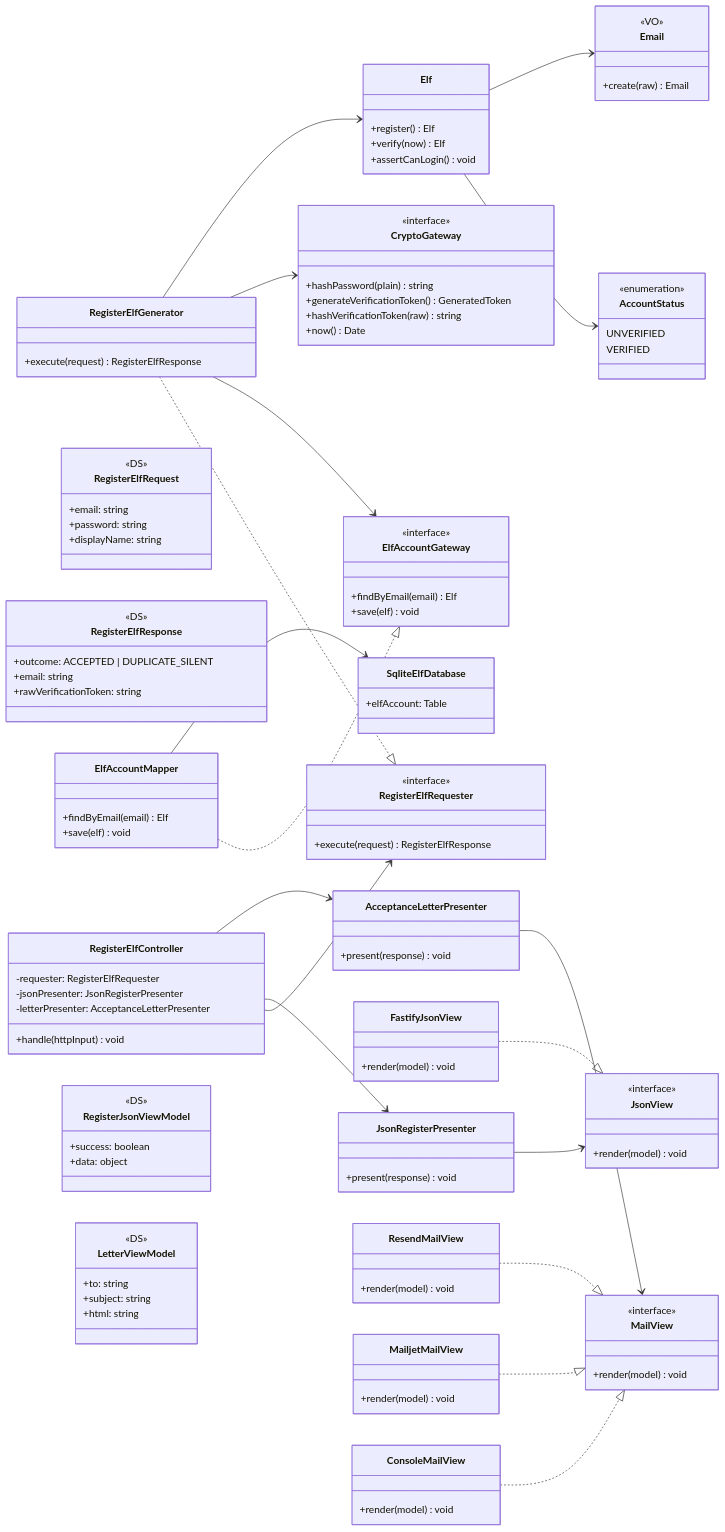
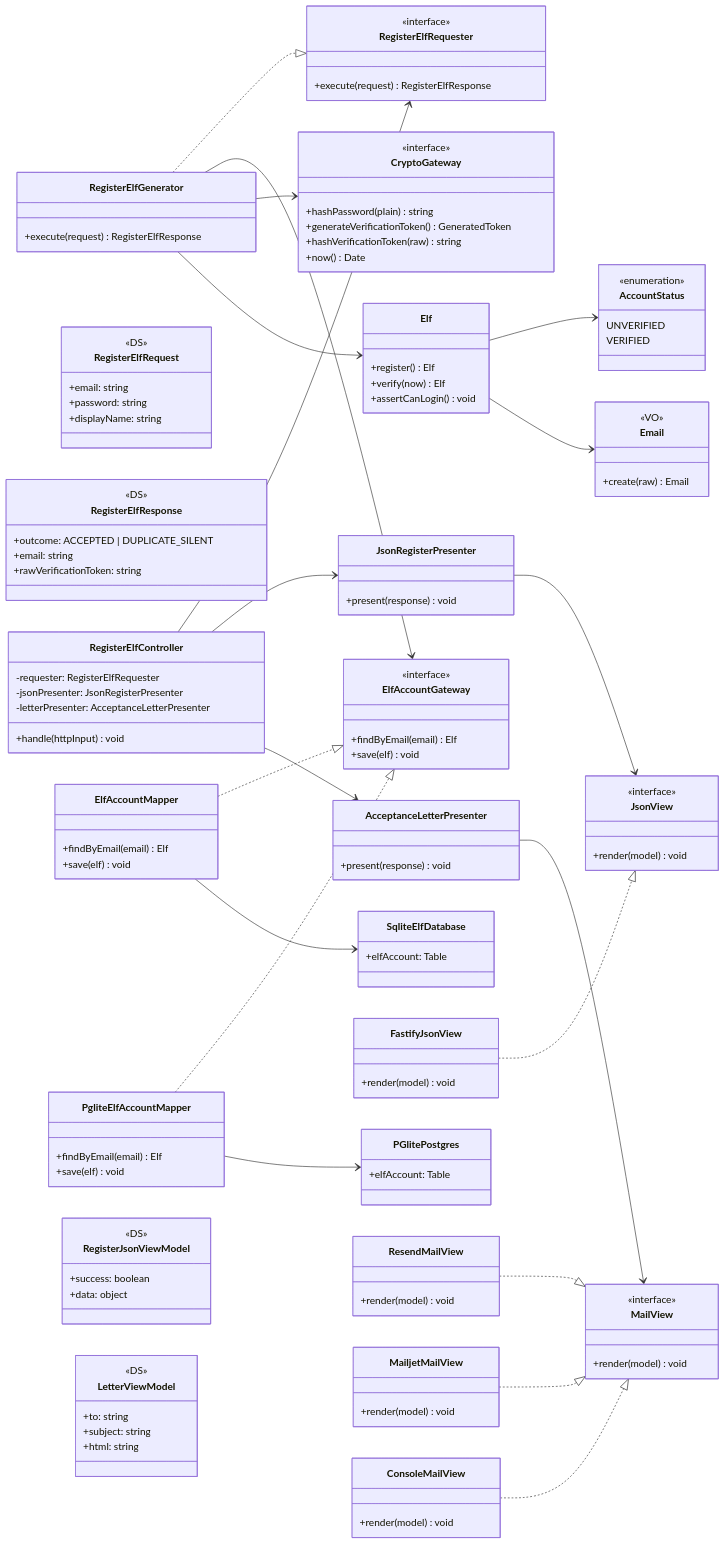
One commit to derekCmorales/santa-alert changed the second of 3 diagrams in README.md. Above: the diagram before and after it, drawn with Mermaid. The commit also changed other lines of this file and 23 other files, not shown here.

```diff
--- a/README.md
+++ b/README.md
@@ -101,7 +101,14 @@
     +findByEmail(email) Elf
     +save(elf) void
   }
+  class PgliteElfAccountMapper {
+    +findByEmail(email) Elf
+    +save(elf) void
+  }
   class SqliteElfDatabase {
+    +elfAccount: Table
+  }
+  class PGlitePostgres {
     +elfAccount: Table
   }
 
@@ -154,7 +161,9 @@
   Elf --> AccountStatus
   Elf --> Email
   ElfAccountMapper ..|> ElfAccountGateway
+  PgliteElfAccountMapper ..|> ElfAccountGateway
   ElfAccountMapper --> SqliteElfDatabase
+  PgliteElfAccountMapper --> PGlitePostgres
   JsonRegisterPresenter --> JsonView
   FastifyJsonView ..|> JsonView
   AcceptanceLetterPresenter --> MailView
```
